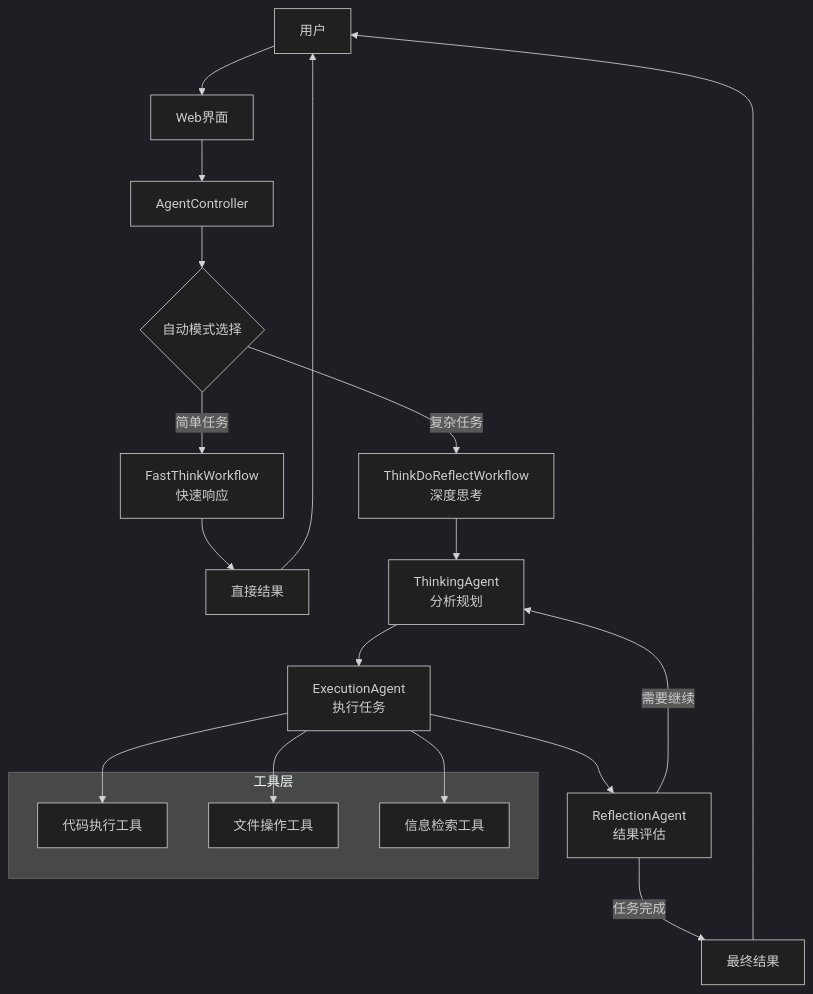
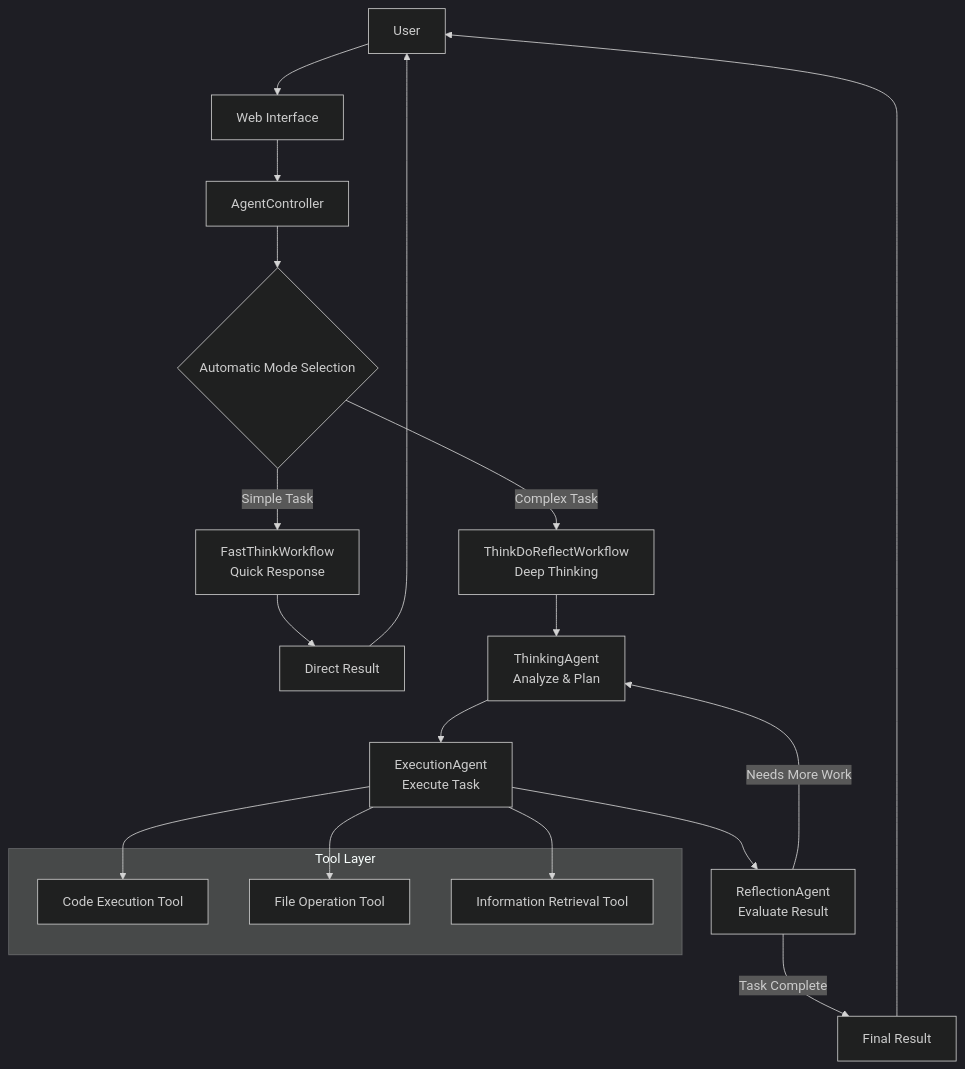
Before and after one commit to leochame/OpenManus-Java: the diagram in README.md, drawn with Mermaid (dark theme). The commit also changed other lines of this file and 2 other files, not shown here.

````diff
--- a/README.md
+++ b/README.md
@@ -51,30 +51,30 @@
 ```mermaid
 graph TD
-    User[用户] --> UI[Web界面]
+    User --> UI[Web Interface]
     UI --> Controller[AgentController]
     
-    Controller --> AM{自动模式选择}
-    AM -->|简单任务| FW[FastThinkWorkflow<br/>快速响应]
-    AM -->|复杂任务| TDR[ThinkDoReflectWorkflow<br/>深度思考]
+    Controller --> AM{Automatic Mode Selection}
+    AM -->|Simple Task| FW[FastThinkWorkflow<br/>Quick Response]
+    AM -->|Complex Task| TDR[ThinkDoReflectWorkflow<br/>Deep Thinking]
     
-    FW --> Result1[直接结果]
+    FW --> Result1[Direct Result]
     
-    TDR --> TA[ThinkingAgent<br/>分析规划]
-    TA --> EA[ExecutionAgent<br/>执行任务]
-    EA --> RA[ReflectionAgent<br/>结果评估]
-    RA -->|任务完成| Result2[最终结果]
-    RA -->|需要继续| TA
+    TDR --> TA[ThinkingAgent<br/>Analyze & Plan]
+    TA --> EA[ExecutionAgent<br/>Execute Task]
+    EA --> RA[ReflectionAgent<br/>Evaluate Result]
+    RA -->|Task Complete| Result2[Final Result]
+    RA -->|Needs More Work| TA
     
-    subgraph "工具层"
-        CodeTool[代码执行工具]
-        FileTool[文件操作工具]
-        SearchTool[信息检索工具]
+    subgraph "Tool Layer"
+        CodeTool[Code Execution Tool]
+        FileTool[File Operation Tool]
+        SearchTool[Information Retrieval Tool]
     end
     
     EA --> CodeTool
     EA --> FileTool
     EA --> SearchTool
     
     Result1 --> User
     Result2 --> User
 ```
````
